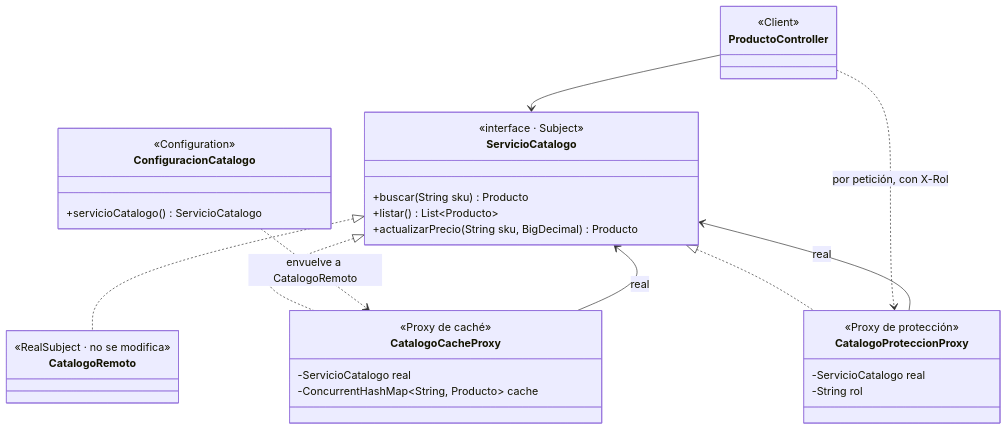
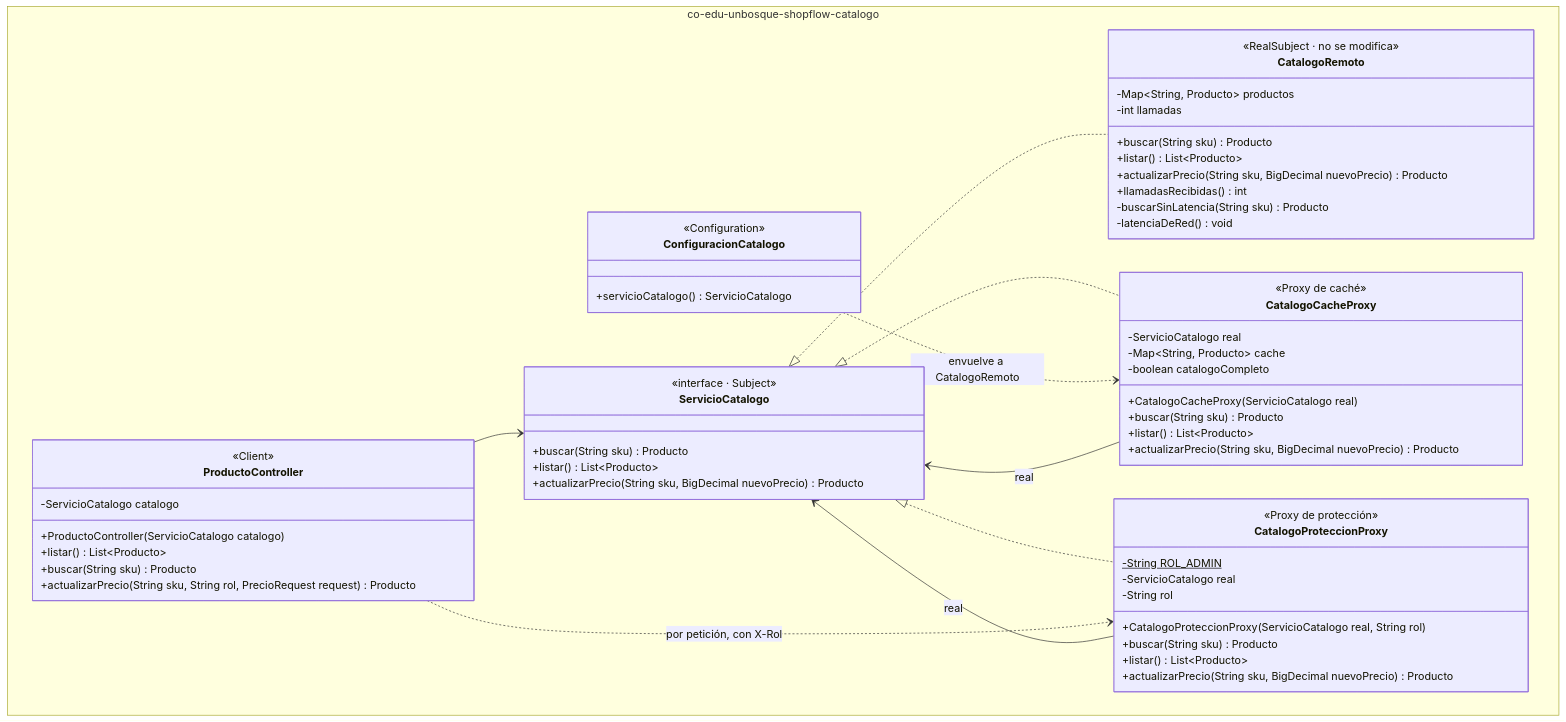
Before and after one commit to rc-0105/shopflow-patrones-diseno: the fifth of 6 diagrams in README.md, drawn with Mermaid. The commit also changed other lines of this file, not shown here.

Commit message:
Completar diagramas de clases

````diff
--- a/README.md
+++ b/README.md
@@ -313,37 +514,62 @@
 ```mermaid
 classDiagram
-    class ServicioCatalogo {
-        <<interface · Subject>>
-        +buscar(String sku) Producto
-        +listar() List~Producto~
-        +actualizarPrecio(String sku, BigDecimal) Producto
-    }
-    class CatalogoRemoto {
-        <<RealSubject · no se modifica>>
-    }
-    class CatalogoCacheProxy {
-        <<Proxy de caché>>
-        -ServicioCatalogo real
-        -ConcurrentHashMap~String, Producto~ cache
-    }
-    class CatalogoProteccionProxy {
-        <<Proxy de protección>>
-        -ServicioCatalogo real
-        -String rol
-    }
-    class ConfiguracionCatalogo {
-        <<Configuration>>
-        +servicioCatalogo() ServicioCatalogo
-    }
-    class ProductoController {
-        <<Client>>
+    namespace co-edu-unbosque-shopflow-catalogo {
+        class ServicioCatalogo {
+            <<interface · Subject>>
+            +buscar(String sku) Producto
+            +listar() List~Producto~
+            +actualizarPrecio(String sku, BigDecimal nuevoPrecio) Producto
+        }
+        class CatalogoRemoto {
+            <<RealSubject · no se modifica>>
+            -Map~String, Producto~ productos
+            -int llamadas
+            +buscar(String sku) Producto
+            +listar() List~Producto~
+            +actualizarPrecio(String sku, BigDecimal nuevoPrecio) Producto
+            +llamadasRecibidas() int
+            -buscarSinLatencia(String sku) Producto
+            -latenciaDeRed() void
+        }
+        class CatalogoCacheProxy {
+            <<Proxy de caché>>
+            -ServicioCatalogo real
+            -Map~String, Producto~ cache
+            -boolean catalogoCompleto
+            +CatalogoCacheProxy(ServicioCatalogo real)
+            +buscar(String sku) Producto
+            +listar() List~Producto~
+            +actualizarPrecio(String sku, BigDecimal nuevoPrecio) Producto
+        }
+        class CatalogoProteccionProxy {
+            <<Proxy de protección>>
+            -String ROL_ADMIN$
+            -ServicioCatalogo real
+            -String rol
+            +CatalogoProteccionProxy(ServicioCatalogo real, String rol)
+            +buscar(String sku) Producto
+            +listar() List~Producto~
+            +actualizarPrecio(String sku, BigDecimal nuevoPrecio) Producto
+        }
+        class ConfiguracionCatalogo {
+            <<Configuration>>
+            +servicioCatalogo() ServicioCatalogo
+        }
+        class ProductoController {
+            <<Client>>
+            -ServicioCatalogo catalogo
+            +ProductoController(ServicioCatalogo catalogo)
+            +listar() List~Producto~
+            +buscar(String sku) Producto
+            +actualizarPrecio(String sku, String rol, PrecioRequest request) Producto
+        }
     }
     ServicioCatalogo <|.. CatalogoRemoto
     ServicioCatalogo <|.. CatalogoCacheProxy
     ServicioCatalogo <|.. CatalogoProteccionProxy
     CatalogoCacheProxy --> ServicioCatalogo : real
     CatalogoProteccionProxy --> ServicioCatalogo : real
     ConfiguracionCatalogo ..> CatalogoCacheProxy : envuelve a CatalogoRemoto
     ProductoController --> ServicioCatalogo
     ProductoController ..> CatalogoProteccionProxy : por petición, con X-Rol
 ```
````
